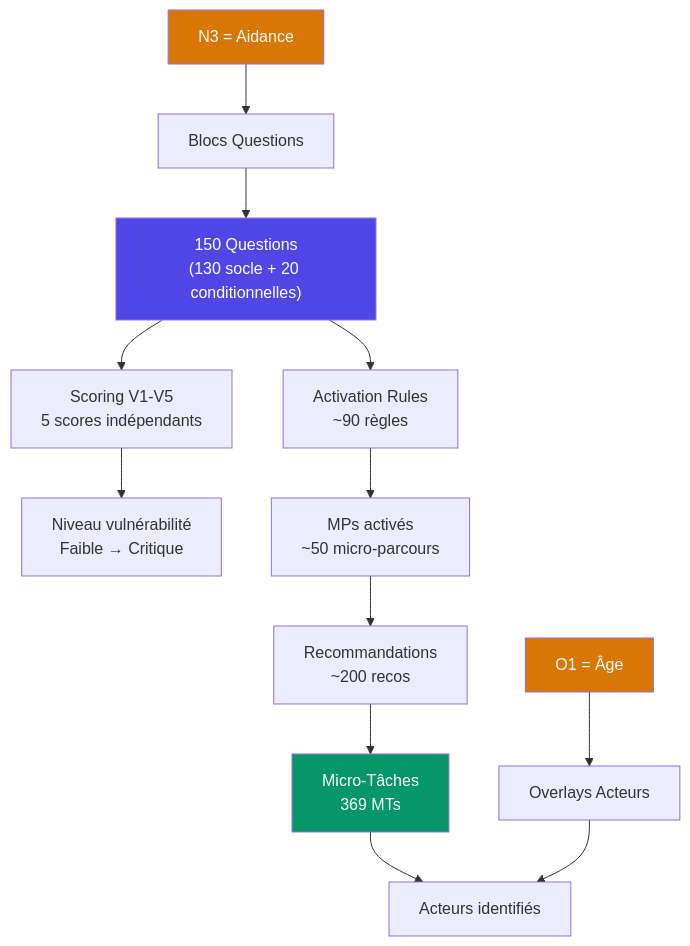
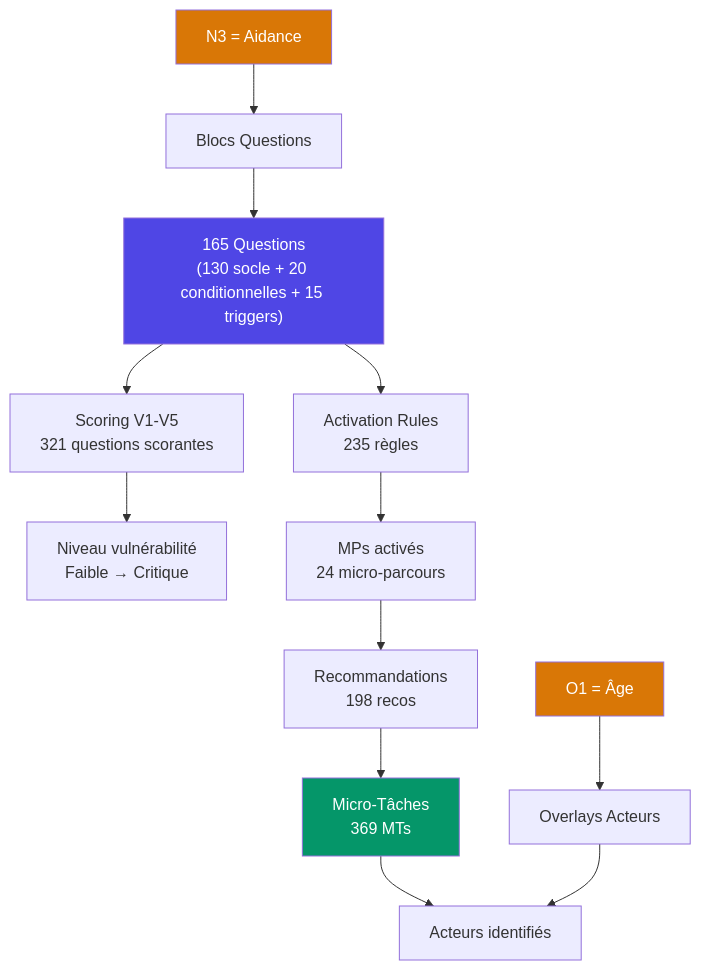
The diagram in KERNEL/STRATEGIE_PERSONNALISATION_MOTEUR.md (ProCall75/monka), drawn with Mermaid before and after one commit. The commit also changed other lines of this file and 4663 other files, not shown here.

````diff
--- a/KERNEL/STRATEGIE_PERSONNALISATION_MOTEUR.md
+++ b/KERNEL/STRATEGIE_PERSONNALISATION_MOTEUR.md
@@ -24,20 +24,20 @@
 ```mermaid
 graph TD
-    Q["150 Questions<br />(130 socle + 20 conditionnelles)"] --> S["Scoring V1-V5<br />5 scores indépendants"]
-    Q --> R["Activation Rules<br />~90 règles"]
+    Q["165 Questions<br />(130 socle + 20 conditionnelles + 15 triggers)"] --> S["Scoring V1-V5<br />321 questions scorantes"]
+    Q --> R["Activation Rules<br />235 règles"]
     S --> N["Niveau vulnérabilité<br />Faible → Critique"]
-    R --> MP["MPs activés<br />~50 micro-parcours"]
-    MP --> REC["Recommandations<br />~200 recos"]
+    R --> MP["MPs activés<br />24 micro-parcours"]
+    MP --> REC["Recommandations<br />198 recos"]
     REC --> MT["Micro-Tâches<br />369 MTs"]
     MT --> ACT["Acteurs identifiés"]
     
     T1["N3 = Aidance"] --> BQ["Blocs Questions"]
     T2["O1 = Âge"] --> OV["Overlays Acteurs"]
     BQ --> Q
     OV --> ACT
     
     style Q fill:#4F46E5,color:white
     style MT fill:#059669,color:white
     style T1 fill:#D97706,color:white
     style T2 fill:#D97706,color:white
 ```
````
